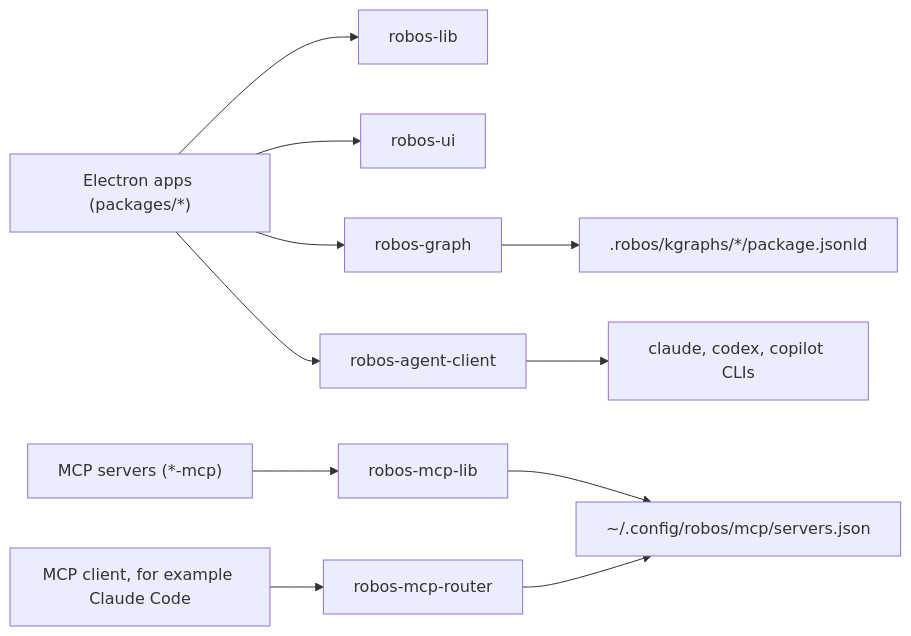
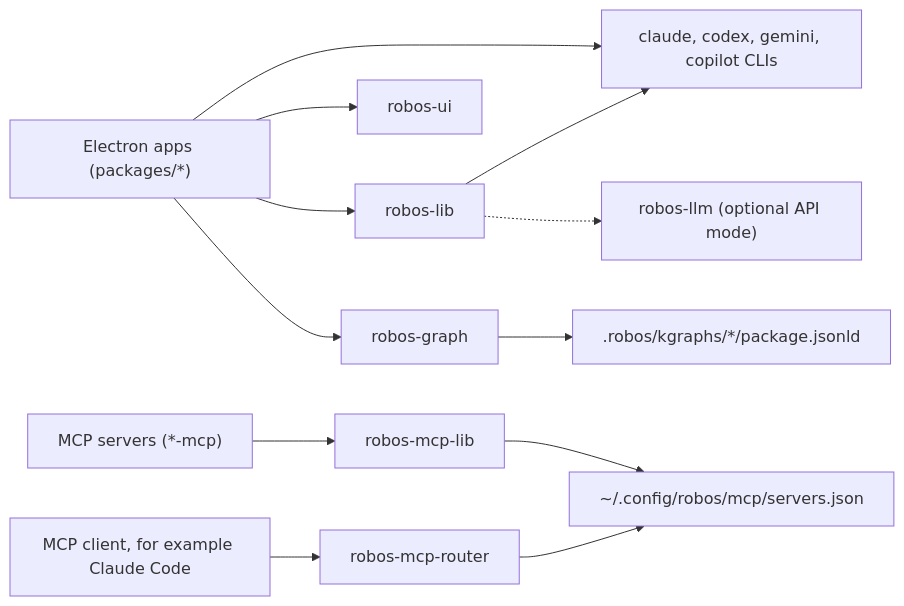
One commit to nddipiazza/robos changed the diagram in docs/architecture.md. Above: the diagram before and after it, drawn with Mermaid. The commit also changed other lines of this file and 44 other files, not shown here.

````diff
--- a/docs/architecture.md
+++ b/docs/architecture.md
@@ -33,26 +33,27 @@
 ```mermaid
 flowchart LR
   apps["Electron apps (packages/*)"]
   lib["robos-lib"]
   ui["robos-ui"]
   rgraph["robos-graph"]
   kg[".robos/kgraphs/*/package.jsonld"]
-  client["robos-agent-client"]
-  clis["claude, codex, copilot CLIs"]
+  llm["robos-llm (optional API mode)"]
+  clis["claude, codex, gemini, copilot CLIs"]
   servers["MCP servers (*-mcp)"]
   mcplib["robos-mcp-lib"]
   registry["~/.config/robos/mcp/servers.json"]
   router["robos-mcp-router"]
   mcpclient["MCP client, for example Claude Code"]
 
   apps --> lib
   apps --> ui
   apps --> rgraph
   rgraph --> kg
-  apps --> client
-  client --> clis
+  apps --> clis
+  lib --> clis
+  lib -.-> llm
   servers --> mcplib
   mcplib --> registry
   router --> registry
   mcpclient --> router
 ```
````
